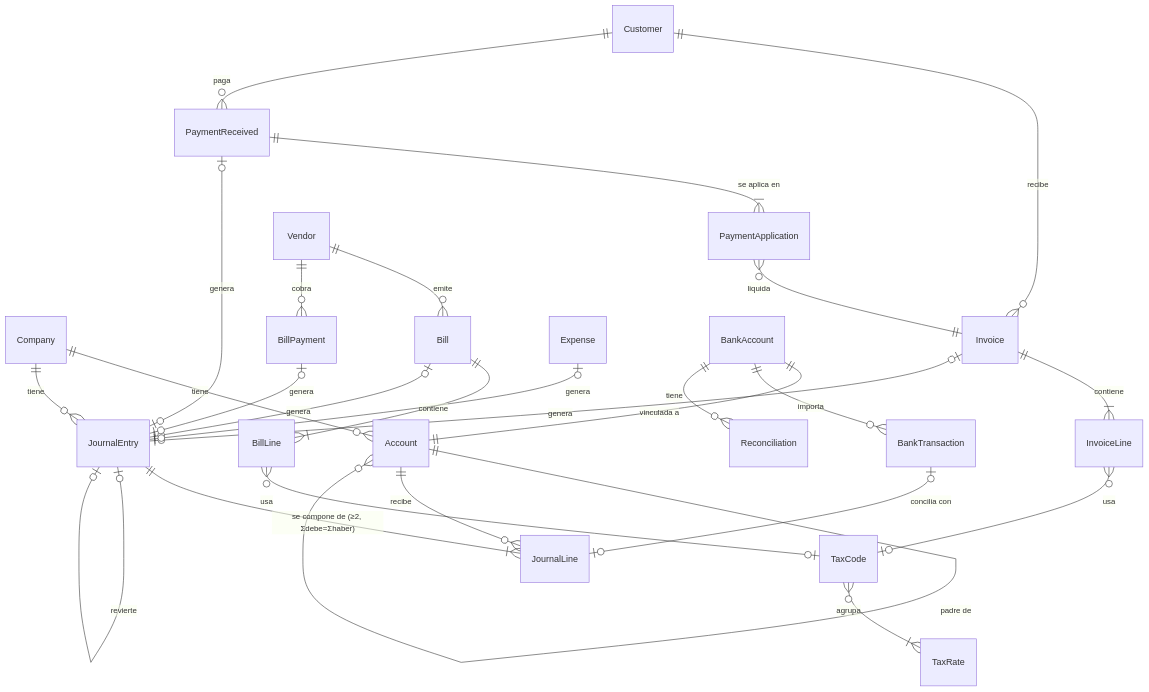
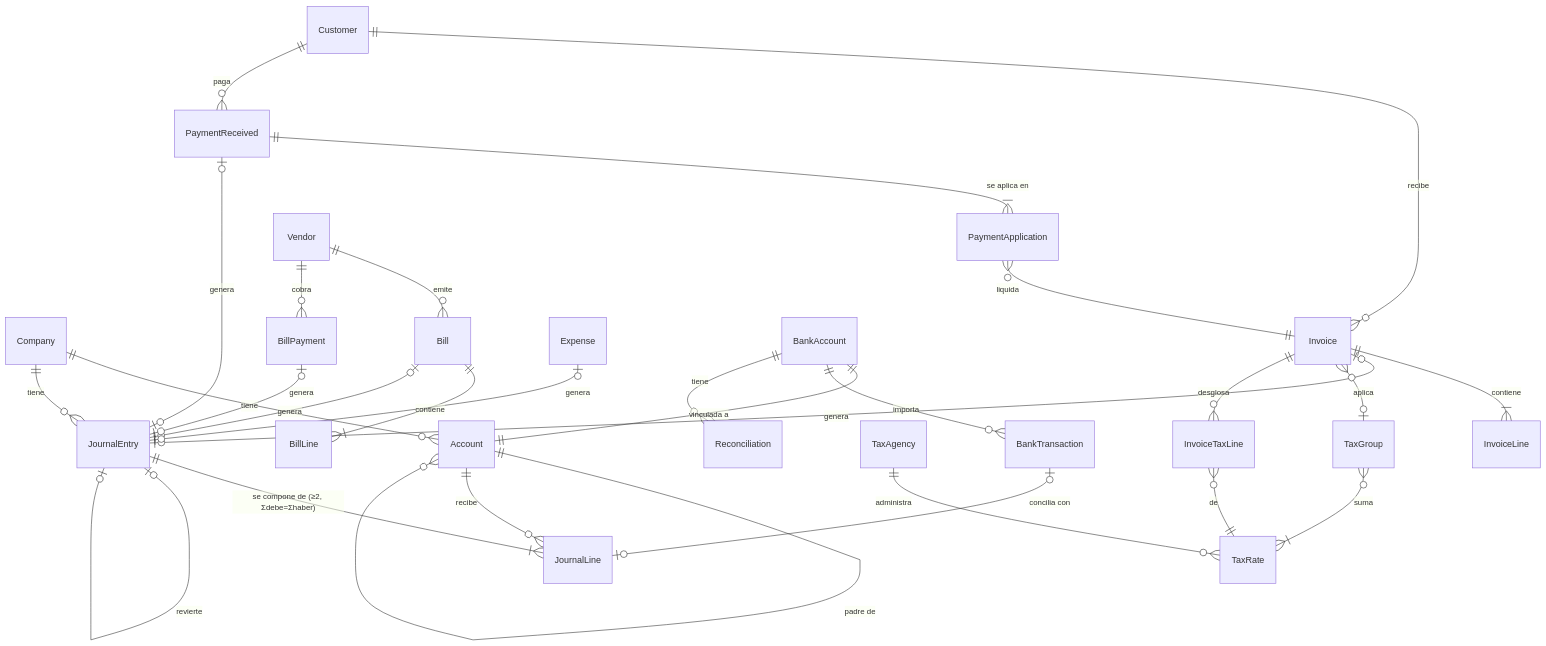
Before and after one commit to ivanngarcia81/Chirogra: the diagram in docs/DISEÑO.md, drawn with Mermaid. The commit also changed other lines of this file, not shown here.

First line of the commit message:
docs: adaptar diseño a EE. UU. (USD, sales tax) y registrar decisiones confirmadas

````diff
--- a/docs/DISEÑO.md
+++ b/docs/DISEÑO.md
@@ -219,33 +234,35 @@
 ```mermaid
 erDiagram
     Company ||--o{ Account : tiene
     Company ||--o{ JournalEntry : tiene
     Account ||--o{ Account : "padre de"
     Account ||--o{ JournalLine : recibe
     JournalEntry ||--|{ JournalLine : "se compone de (≥2, Σdebe=Σhaber)"
     JournalEntry |o--o| JournalEntry : revierte
 
     Customer ||--o{ Invoice : recibe
     Invoice ||--|{ InvoiceLine : contiene
     Invoice |o--o| JournalEntry : genera
     Customer ||--o{ PaymentReceived : paga
     PaymentReceived ||--|{ PaymentApplication : "se aplica en"
     PaymentApplication }o--|| Invoice : liquida
     PaymentReceived |o--o| JournalEntry : genera
 
     Vendor ||--o{ Bill : emite
     Bill ||--|{ BillLine : contiene
     Bill |o--o| JournalEntry : genera
     Vendor ||--o{ BillPayment : cobra
     BillPayment |o--o| JournalEntry : genera
     Expense |o--o| JournalEntry : genera
 
-    TaxCode }o--|{ TaxRate : agrupa
-    InvoiceLine }o--o| TaxCode : usa
-    BillLine }o--o| TaxCode : usa
+    TaxAgency ||--o{ TaxRate : administra
+    TaxGroup }o--|{ TaxRate : suma
+    Invoice }o--o| TaxGroup : aplica
+    Invoice ||--o{ InvoiceTaxLine : desglosa
+    InvoiceTaxLine }o--|| TaxRate : de
 
     BankAccount ||--|| Account : "vinculada a"
     BankAccount ||--o{ BankTransaction : importa
     BankTransaction |o--o| JournalLine : "concilia con"
     BankAccount ||--o{ Reconciliation : tiene
 ```
````
